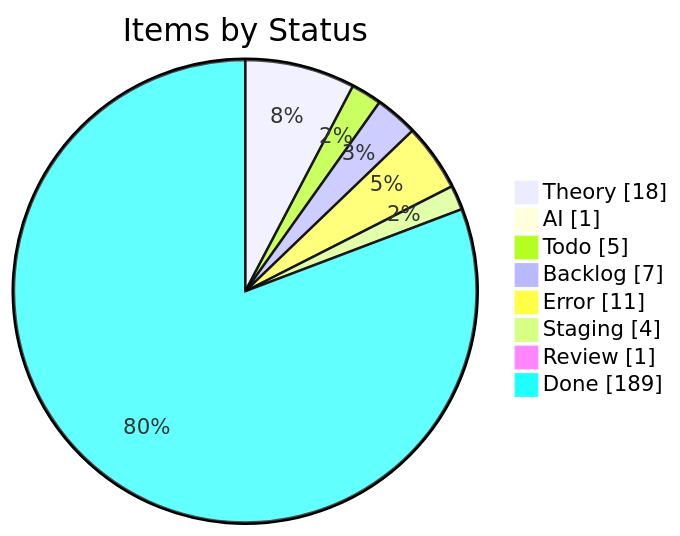
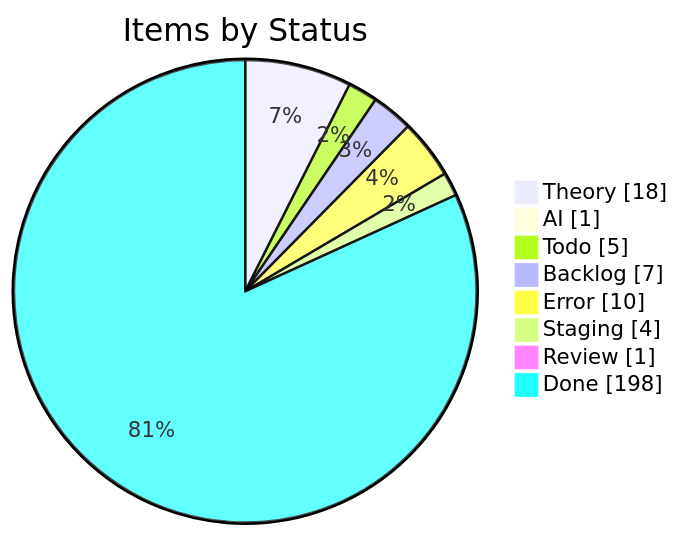
The first of 4 diagrams in apps/kbve/astro-kbve/src/content/docs/dashboard/kanban.mdx (KBVE/kbve), drawn with Mermaid before and after one commit. The commit also changed other lines of this file and 4 other files, not shown here.

````diff
--- a/apps/kbve/astro-kbve/src/content/docs/dashboard/kanban.mdx
+++ b/apps/kbve/astro-kbve/src/content/docs/dashboard/kanban.mdx
@@ -55,12 +55,12 @@
 ```mermaid
 pie showData
     title Items by Status
     "Theory" : 18
     "AI" : 1
     "Todo" : 5
     "Backlog" : 7
-    "Error" : 11
+    "Error" : 10
     "Staging" : 4
     "Review" : 1
-    "Done" : 189
+    "Done" : 198
 ```
````
